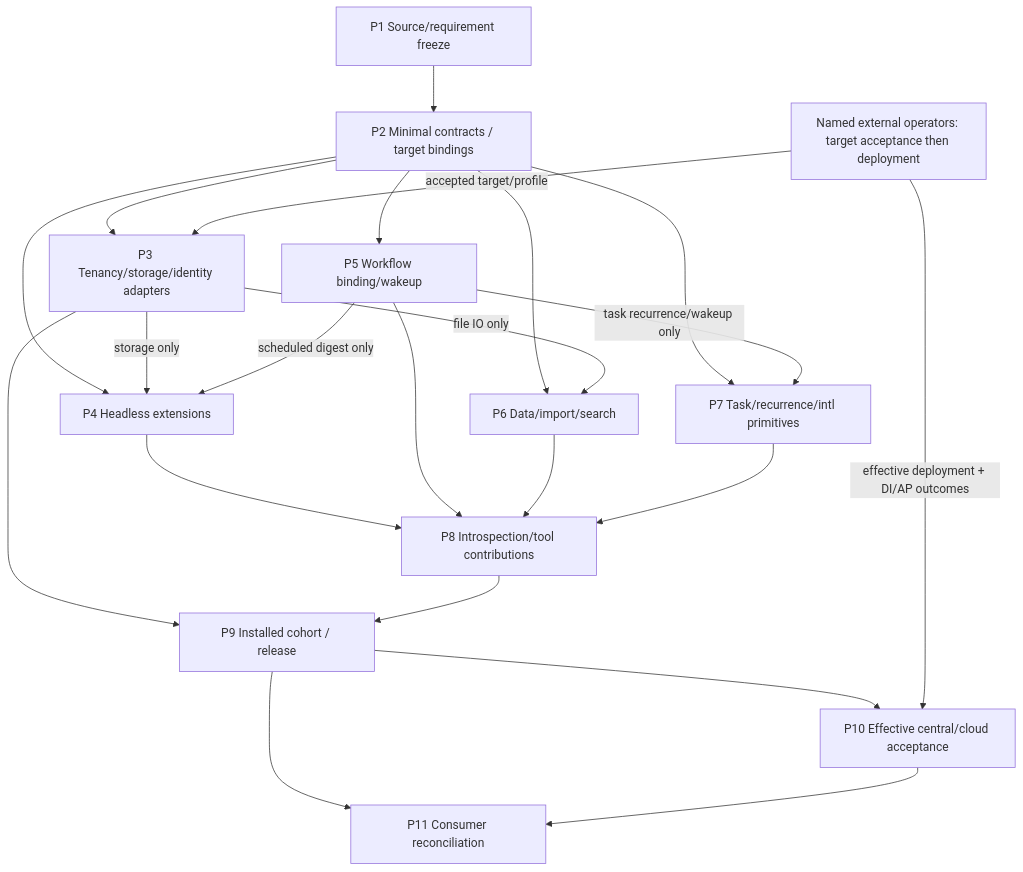
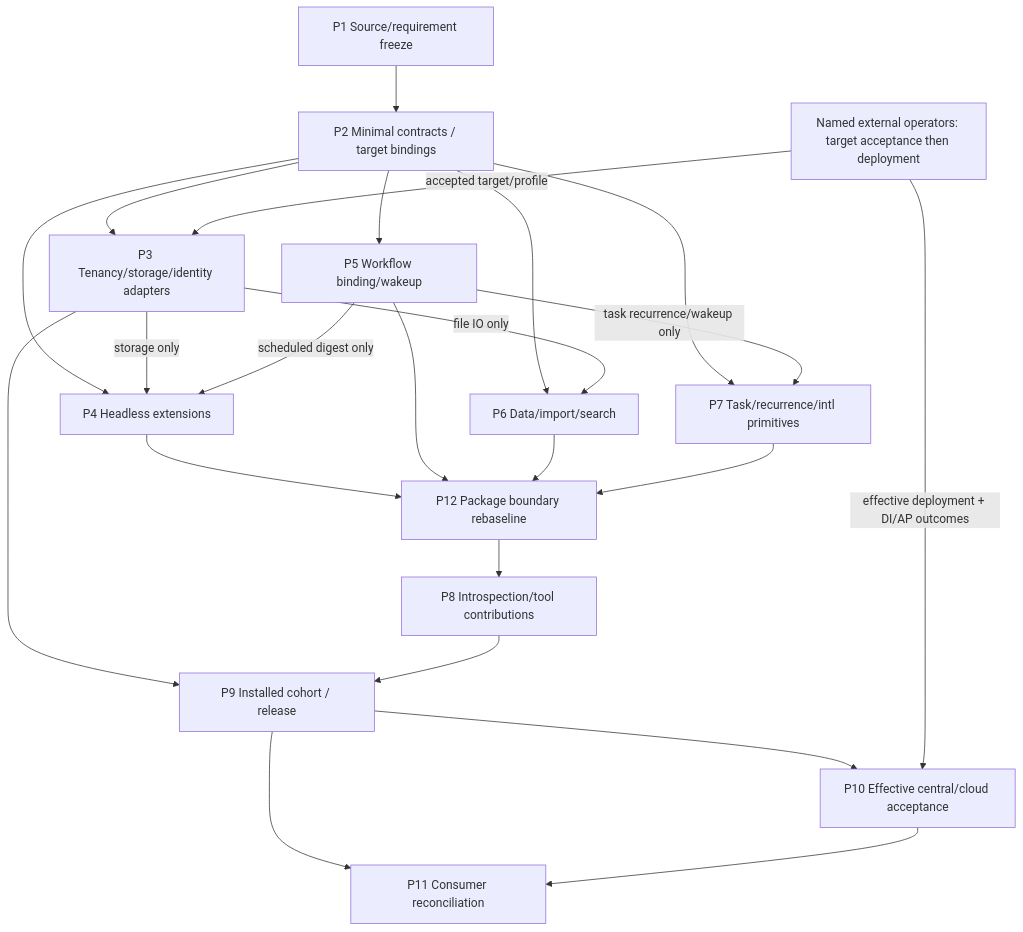
One commit to axiomasoft/corex changed the diagram in plans/2026.09.15-№1-COREX-FLEXCRM-REMAINING/roadmap.md. Above: the diagram before and after it, drawn with Mermaid. The commit also changed other lines of this file and 55 other files, not shown here.

````diff
--- a/plans/2026.09.15-№1-COREX-FLEXCRM-REMAINING/roadmap.md
+++ b/plans/2026.09.15-№1-COREX-FLEXCRM-REMAINING/roadmap.md
@@ -5,24 +5,25 @@
 ```mermaid
 flowchart TD
  P1["P1 Source/requirement freeze"] --> P2["P2 Minimal contracts / target bindings"]
  P2 --> P3["P3 Tenancy/storage/identity adapters"]
  P2 --> P4["P4 Headless extensions"]
  P2 --> P5["P5 Workflow binding/wakeup"]
  P2 --> P6["P6 Data/import/search"]
  P2 --> P7["P7 Task/recurrence/intl primitives"]
  P3 -->|storage only| P4
  P3 -->|file IO only| P6
  P5 -->|task recurrence/wakeup only| P7
  P5 -->|scheduled digest only| P4
- P4 --> P8["P8 Introspection/tool contributions"]
- P5 --> P8
- P6 --> P8
- P7 --> P8
+ P4 --> P12["P12 Package boundary rebaseline"]
+ P5 --> P12
+ P6 --> P12
+ P7 --> P12
+ P12 --> P8["P8 Introspection/tool contributions"]
  P3 --> P9["P9 Installed cohort / release"]
  P8 --> P9
  P9 --> P10["P10 Effective central/cloud acceptance"]
  EXT["Named external operators: target acceptance then deployment"] -->|accepted target/profile| P3
  EXT -->|effective deployment + DI/AP outcomes| P10
  P9 --> P11["P11 Consumer reconciliation"]
  P10 --> P11
 ```
````
